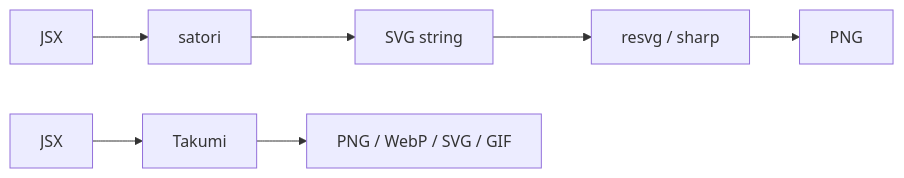
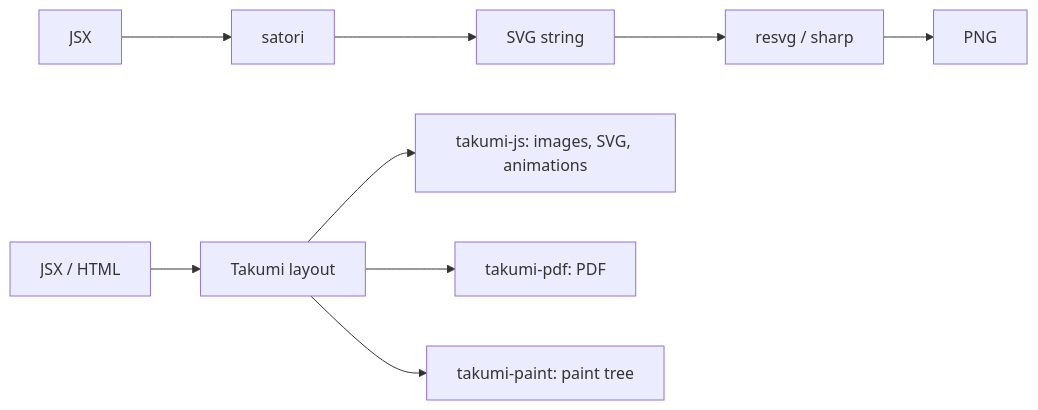
The diagram in docs/content/docs/comparison-to-satori.mdx (kane50613/takumi), drawn with Mermaid before and after one commit. The commit also changed other lines of this file and 15 other files, not shown here.

````diff
--- a/docs/content/docs/comparison-to-satori.mdx
+++ b/docs/content/docs/comparison-to-satori.mdx
@@ -9,5 +17,7 @@
 ```mermaid
 flowchart LR
     J1[JSX] --> S[satori] --> V[SVG string] --> R[resvg / sharp] --> P1[PNG]
-    J2[JSX] --> T[Takumi] --> P2[PNG / WebP / SVG / GIF]
+    J2[JSX / HTML] --> T[Takumi layout] --> I["takumi-js: images, SVG, animations"]
+    T --> D["takumi-pdf: PDF"]
+    T --> G["takumi-paint: paint tree"]
 ```
````
